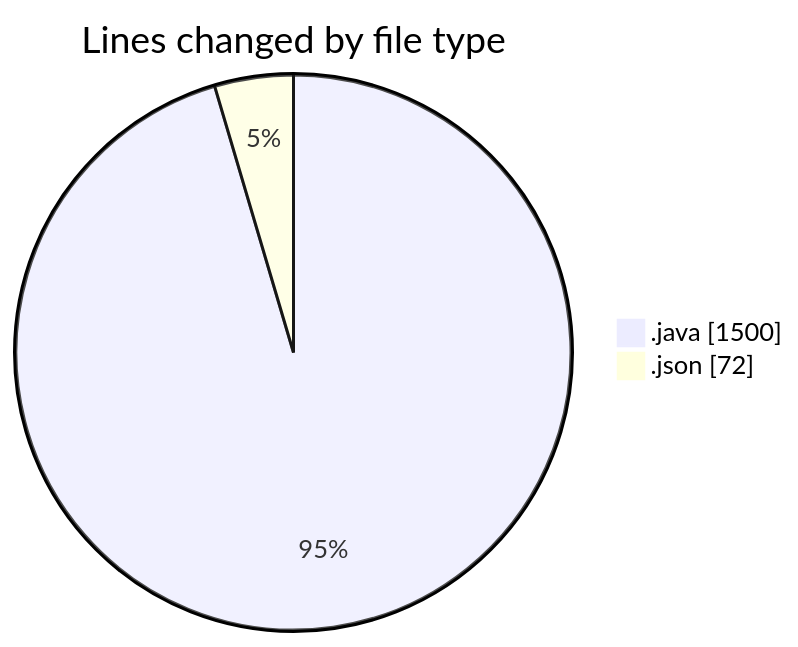
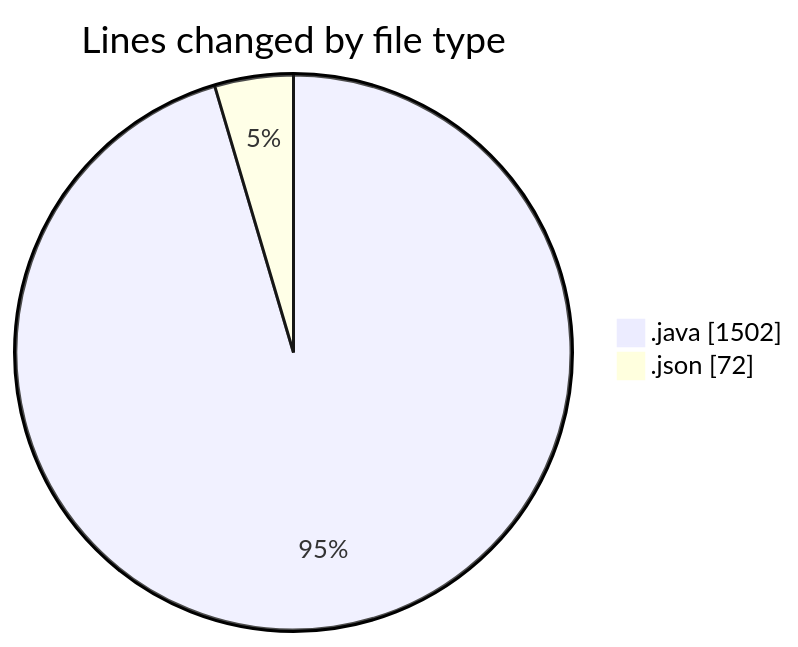
The first of 2 diagrams in 2025-02-22/micros/README.md (charlie-sans/code-tracking), drawn with Mermaid before and after one commit. The commit also changed other lines of this file and 1 other file, not shown here.

````diff
--- a/2025-02-22/micros/README.md
+++ b/2025-02-22/micros/README.md
@@ -26,6 +26,6 @@
 ```mermaid
 pie showData
 title Lines changed by file type
-".java" : 1500
+".java" : 1502
 ".json" : 72
 ```
````
